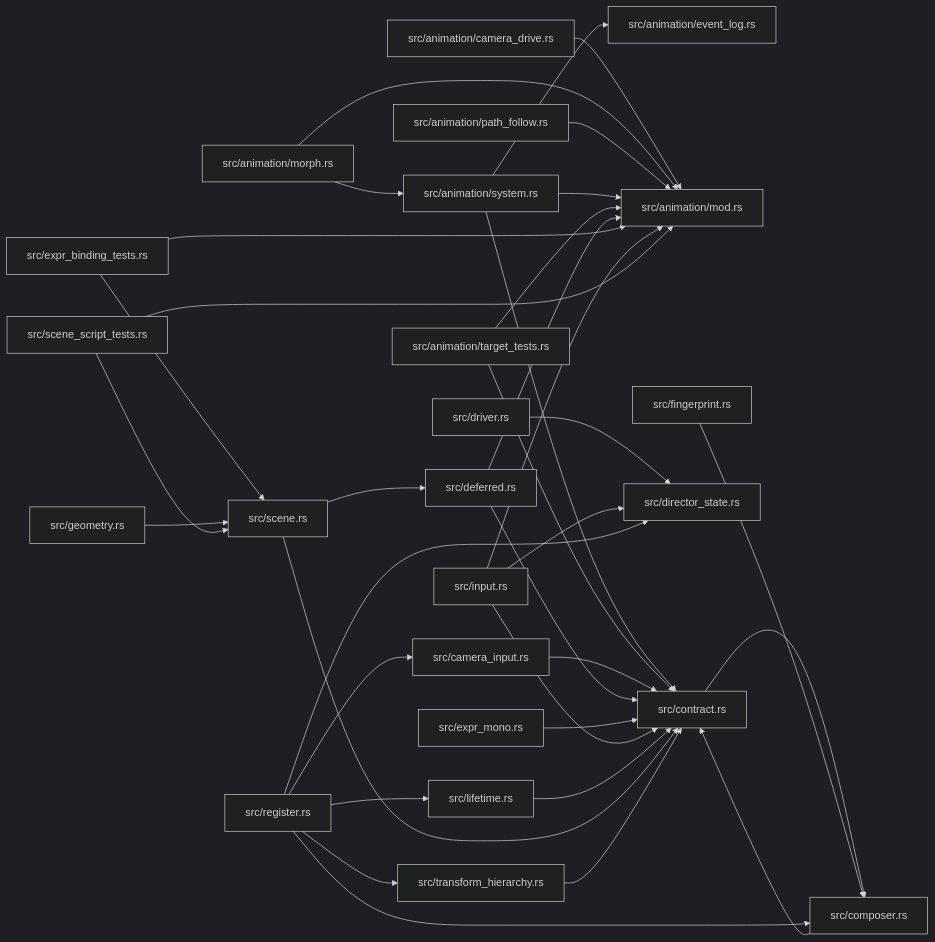
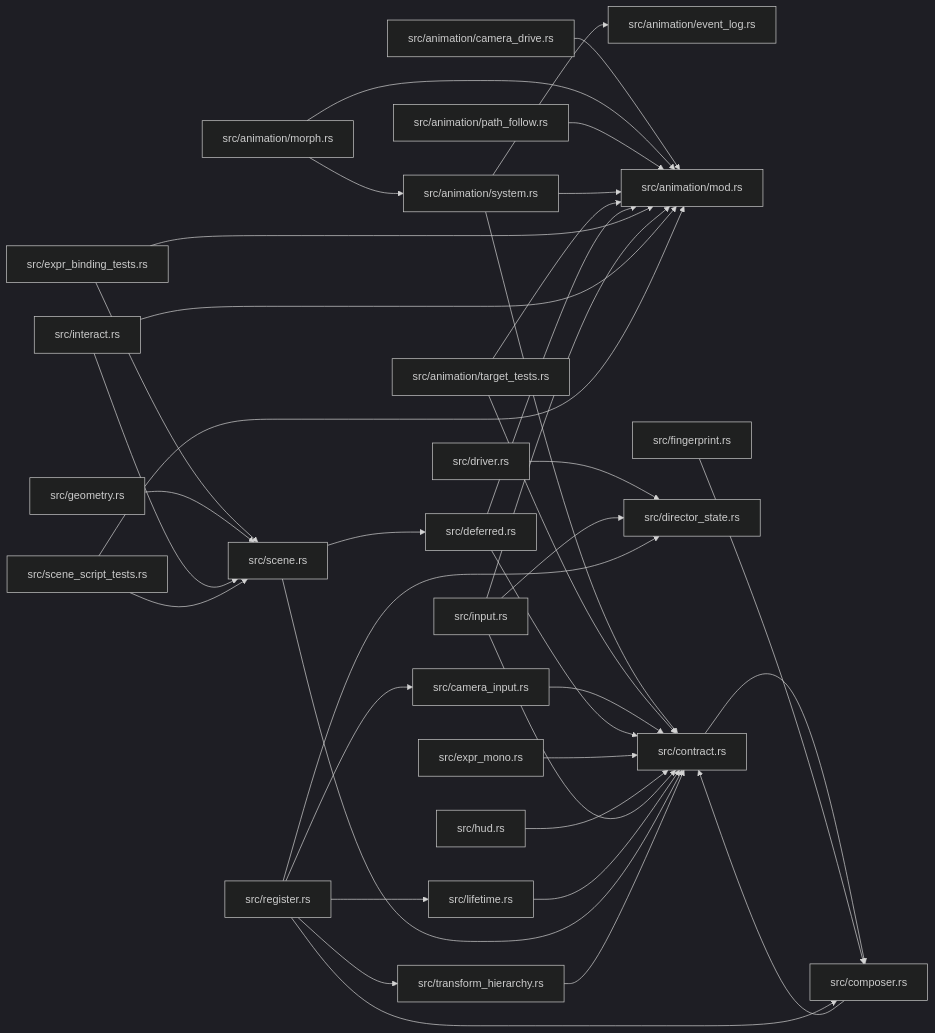
Before and after one commit to xcrtp/zela: the diagram in docs/modules/zela-scene-ecs.md, drawn with Mermaid (dark theme). The commit also changed other lines of this file and 154 other files, not shown here.

````diff
--- a/docs/modules/zela-scene-ecs.md
+++ b/docs/modules/zela-scene-ecs.md
@@ -49,60 +51,65 @@
 ```mermaid
 graph LR
     f0["src/animation/camera_drive.rs"]
     f5["src/animation/event_log.rs"]
     f1["src/animation/mod.rs"]
     f2["src/animation/morph.rs"]
     f4["src/animation/path_follow.rs"]
     f3["src/animation/system.rs"]
     f7["src/animation/target_tests.rs"]
     f8["src/camera_input.rs"]
     f9["src/composer.rs"]
     f6["src/contract.rs"]
     f10["src/deferred.rs"]
     f12["src/director_state.rs"]
     f11["src/driver.rs"]
     f13["src/expr_binding_tests.rs"]
     f15["src/expr_mono.rs"]
     f16["src/fingerprint.rs"]
     f17["src/geometry.rs"]
-    f18["src/input.rs"]
-    f19["src/lifetime.rs"]
-    f20["src/register.rs"]
+    f18["src/hud.rs"]
+    f19["src/input.rs"]
+    f20["src/interact.rs"]
+    f21["src/lifetime.rs"]
+    f22["src/register.rs"]
     f14["src/scene.rs"]
-    f22["src/scene_script_tests.rs"]
-    f21["src/transform_hierarchy.rs"]
+    f24["src/scene_script_tests.rs"]
+    f23["src/transform_hierarchy.rs"]
     f0 --> f1
     f2 --> f1
     f2 --> f3
     f4 --> f1
     f3 --> f5
     f3 --> f1
     f3 --> f6
     f7 --> f1
     f7 --> f6
     f8 --> f6
     f9 --> f6
     f6 --> f9
     f10 --> f1
     f10 --> f6
     f11 --> f12
     f13 --> f1
     f13 --> f14
     f15 --> f6
     f16 --> f9
     f17 --> f14
-    f18 --> f1
     f18 --> f6
-    f18 --> f12
+    f19 --> f1
     f19 --> f6
-    f20 --> f8
-    f20 --> f9
-    f20 --> f12
-    f20 --> f19
-    f20 --> f21
+    f19 --> f12
+    f20 --> f1
+    f20 --> f14
+    f21 --> f6
+    f22 --> f8
+    f22 --> f9
+    f22 --> f12
+    f22 --> f21
+    f22 --> f23
     f14 --> f6
     f14 --> f10
-    f22 --> f1
-    f22 --> f14
-    f21 --> f6
+    f24 --> f1
+    f24 --> f14
+    f23 --> f6
 ```
````
